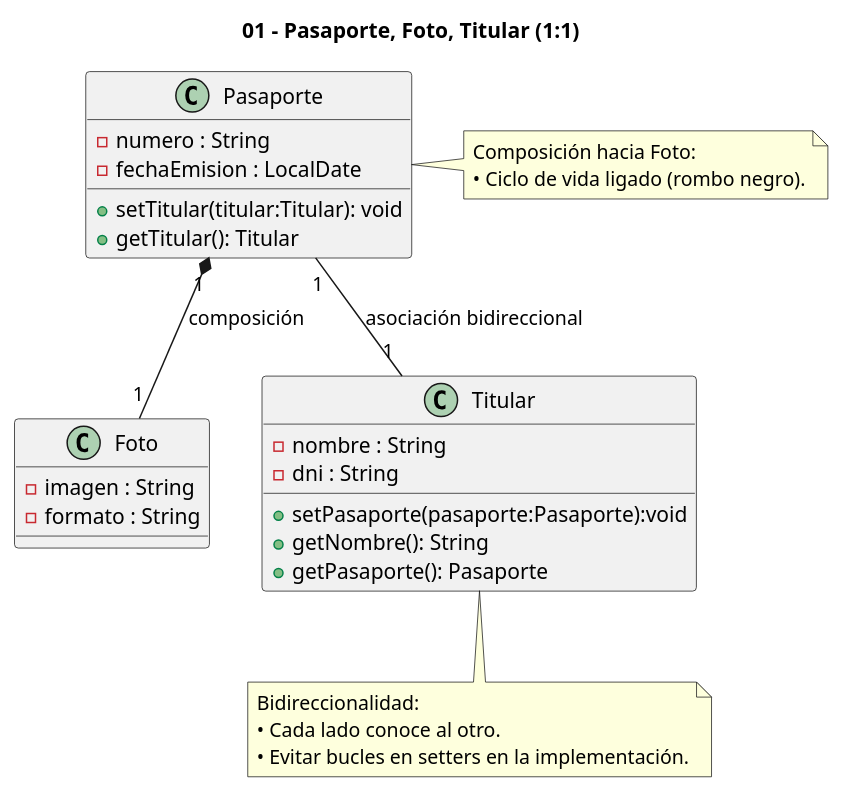
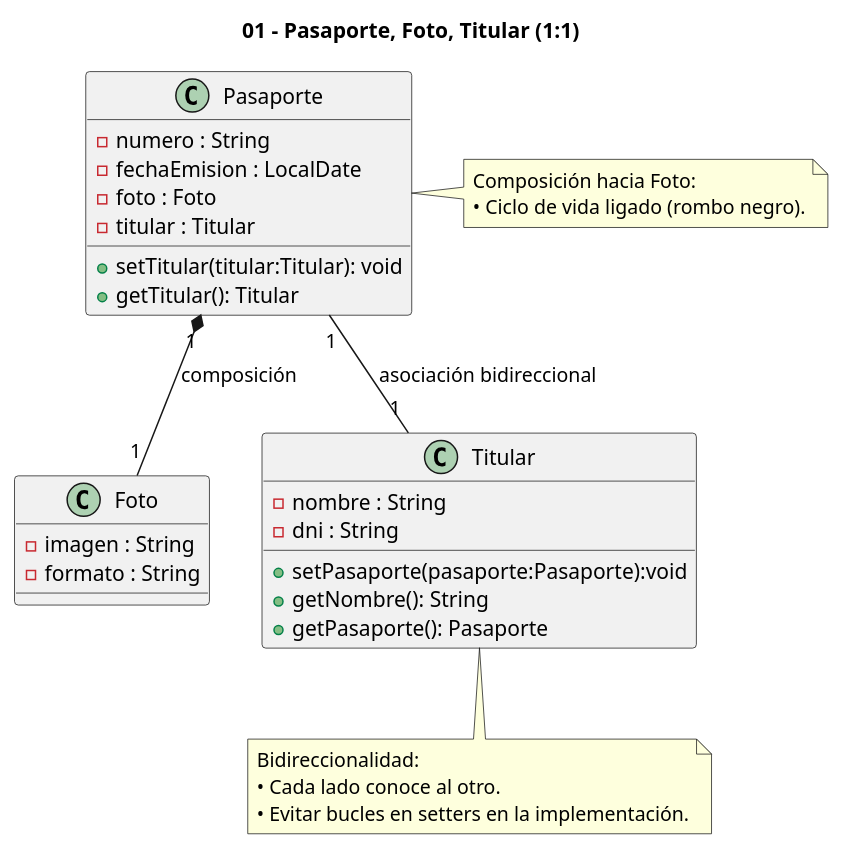
The diagram in docs/uml/plantuml/01-pasaporte-foto-titular.puml (guillecampoy/tp5-UML), drawn with PlantUML before and after one commit. The commit also changed 3 other files, not shown here.

Commit message:
Refactor de ejercicio 1 y 2 Faltó incluir en el UML los atributos de tipo objeto Se re generan imágenes, se ajustan archivos de puml de cada ejercicios

```diff
--- a/docs/uml/plantuml/01-pasaporte-foto-titular.puml
+++ b/docs/uml/plantuml/01-pasaporte-foto-titular.puml
@@ -1,44 +1,46 @@
 @startuml
 title 01 - Pasaporte, Foto, Titular (1:1)
 
 ' Estilo de lectura
 skinparam classAttributeIconVisibility false
 
 ' Clases y atributos mínimos según el enunciado
 class Pasaporte {
   - numero : String
   - fechaEmision : LocalDate
+  - foto : Foto
+  - titular : Titular
   + setTitular(titular:Titular): void
   + getTitular(): Titular
 }
 class Foto {
   - imagen : String
   - formato : String
 }
 class Titular {
   - nombre : String
   - dni : String
   + setPasaporte(pasaporte:Pasaporte):void
   + getNombre(): String
   + getPasaporte(): Pasaporte
 }
 
 ' Composición: el Pasaporte "posee" la Foto (ciclo de vida dependiente)
 Pasaporte "1" *-- "1" Foto : composición
 
 ' Asociación bidireccional 1:1 entre Pasaporte y Titular
 Pasaporte "1" -- "1" Titular : asociación bidireccional
 
 ' Notas (opcional)
 note right of Pasaporte
   Composición hacia Foto:
   • Ciclo de vida ligado (rombo negro).
 end note
 
 note as N1
   Bidireccionalidad:
   • Cada lado conoce al otro.
   • Evitar bucles en setters en la implementación.
 end note
 Titular .. N1
 @enduml
```
